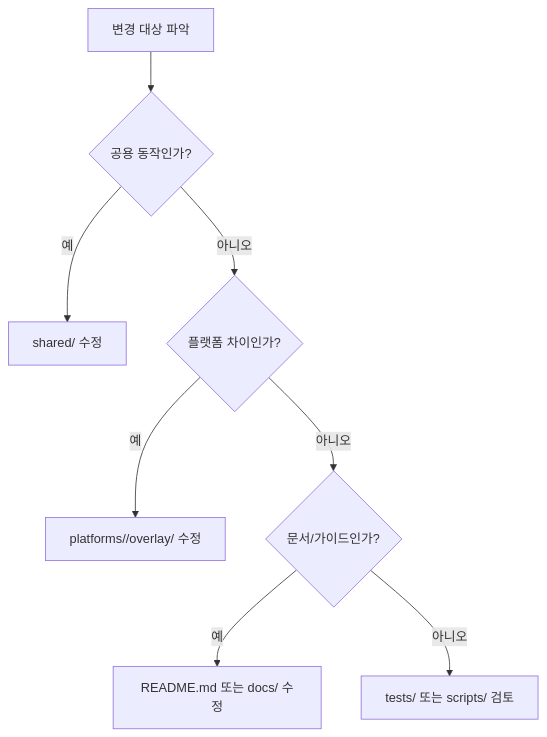
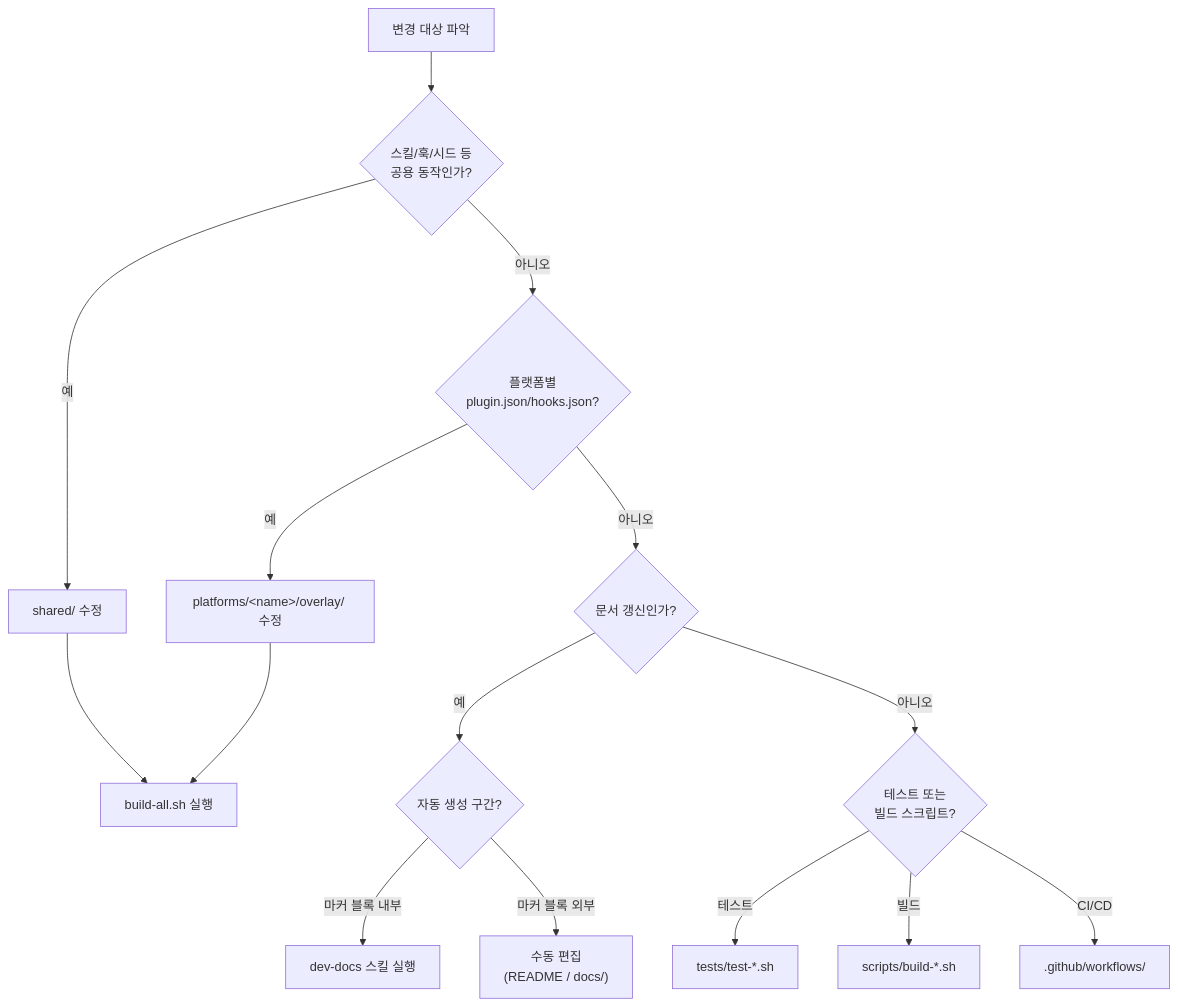
One commit to Jimmy-Jung/ai-symbiote changed the diagram in docs/CONVENTIONS.md. Above: the diagram before and after it, drawn with Mermaid. The commit also changed other lines of this file and 5 other files, not shown here.

````diff
--- a/docs/CONVENTIONS.md
+++ b/docs/CONVENTIONS.md
@@ -8,10 +8,17 @@
 ```mermaid
 flowchart TD
-    A["변경 대상 파악"] --> B{"공용 동작인가?"}
+    A["변경 대상 파악"] --> B{"스킬/훅/시드 등<br/>공용 동작인가?"}
     B -->|"예"| C["shared/ 수정"]
-    B -->|"아니오"| D{"플랫폼 차이인가?"}
-    D -->|"예"| E["platforms/<name>/overlay/ 수정"]
-    D -->|"아니오"| F{"문서/가이드인가?"}
-    F -->|"예"| G["README.md 또는 docs/ 수정"]
-    F -->|"아니오"| H["tests/ 또는 scripts/ 검토"]
+    C --> C1["build-all.sh 실행"]
+    B -->|"아니오"| D{"플랫폼별<br/>plugin.json/hooks.json?"}
+    D -->|"예"| E["platforms/&lt;name&gt;/overlay/ 수정"]
+    E --> C1
+    D -->|"아니오"| F{"문서 갱신인가?"}
+    F -->|"예"| G{"자동 생성 구간?"}
+    G -->|"마커 블록 내부"| G1["dev-docs 스킬 실행"]
+    G -->|"마커 블록 외부"| G2["수동 편집<br/>(README / docs/)"]
+    F -->|"아니오"| H{"테스트 또는<br/>빌드 스크립트?"}
+    H -->|"테스트"| I["tests/test-*.sh"]
+    H -->|"빌드"| J["scripts/build-*.sh"]
+    H -->|"CI/CD"| K[".github/workflows/"]
 ```
````
